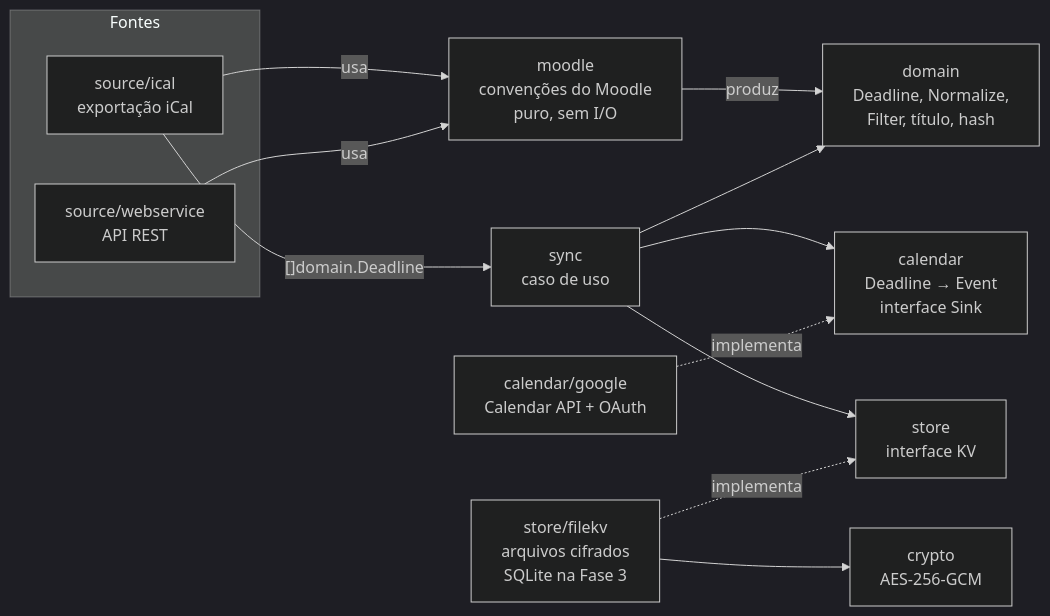
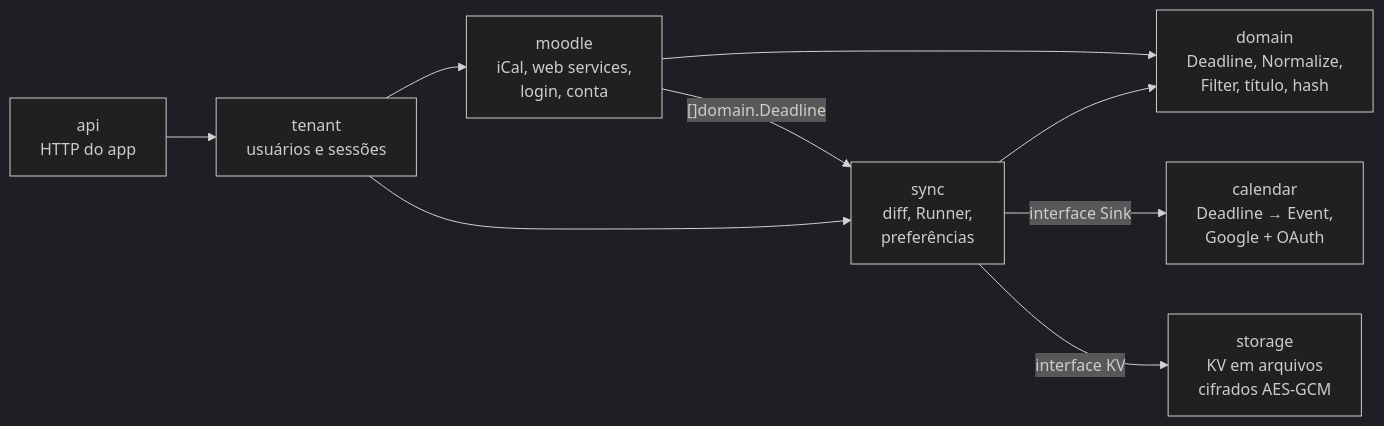
The diagram in docs/arquitetura.md (GabrielLima2803/prazo-api), drawn with Mermaid (dark theme) before and after one commit. The commit also changed other lines of this file and 3 other files, not shown here.

````diff
--- a/docs/arquitetura.md
+++ b/docs/arquitetura.md
@@ -9,26 +10,19 @@
 ```mermaid
 flowchart LR
-    subgraph Fontes
-        ICAL[source/ical<br/>exportação iCal]
-        WS[source/webservice<br/>API REST]
-    end
-    MOODLE[moodle<br/>convenções do Moodle<br/>puro, sem I/O]
+    MOODLE[moodle<br/>iCal, web services,<br/>login, conta]
     DOMAIN[domain<br/>Deadline, Normalize,<br/>Filter, título, hash]
-    SYNC[sync<br/>caso de uso]
-    CAL[calendar<br/>Deadline → Event<br/>interface Sink]
-    GOOGLE[calendar/google<br/>Calendar API + OAuth]
-    STORE[store<br/>interface KV]
-    FILEKV[store/filekv<br/>arquivos cifrados<br/>SQLite na Fase 3]
-    CRYPTO[crypto<br/>AES-256-GCM]
+    SYNC[sync<br/>diff, Runner,<br/>preferências]
+    CAL[calendar<br/>Deadline → Event,<br/>Google + OAuth]
+    STORAGE[storage<br/>KV em arquivos<br/>cifrados AES-GCM]
+    TENANT[tenant<br/>usuários e sessões]
+    API[api<br/>HTTP do app]
 
-    ICAL -- usa --> MOODLE
-    WS -- usa --> MOODLE
-    MOODLE -- produz --> DOMAIN
-    ICAL -- "[]domain.Deadline" --> SYNC
+    MOODLE -- "[]domain.Deadline" --> SYNC
+    MOODLE --> DOMAIN
     SYNC --> DOMAIN
-    SYNC --> CAL
-    GOOGLE -. implementa .-> CAL
-    SYNC --> STORE
-    FILEKV -. implementa .-> STORE
-    FILEKV --> CRYPTO
+    SYNC -- "interface Sink" --> CAL
+    SYNC -- "interface KV" --> STORAGE
+    TENANT --> SYNC
+    TENANT --> MOODLE
+    API --> TENANT
 ```
````
